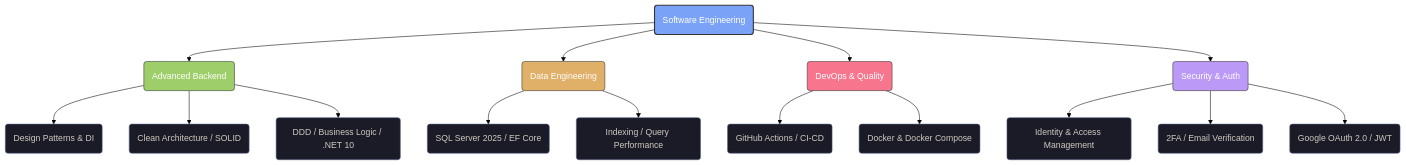
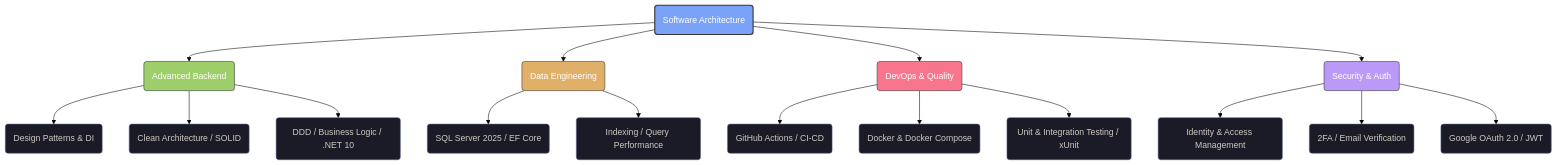
The diagram in README.md (m4lcom/m4lcom), drawn with Mermaid (forest theme) before and after one commit. The commit also changed other lines of this file, not shown here.

````diff
--- a/README.md
+++ b/README.md
@@ -11,35 +11,36 @@
 ```mermaid
 graph TD;
   %% Core Nodes
-  Core(Software Engineering)-->Backend(Advanced Backend);
+  Core(Software Architecture)-->Backend(Advanced Backend);
   Core-->Data(Data Engineering);
   Core-->Ops(DevOps & Quality);
   Core-->Sec(Security & Auth);
 
   %% Backend
   Backend-->Patterns(Design Patterns & DI);
   Backend-->Architecture(Clean Architecture / SOLID);
   Backend-->Logic(DDD / Business Logic / .NET 10);
 
   %% Data
   Data-->SQL_Expertise(SQL Server 2025 / EF Core);
   Data-->Optimization(Indexing / Query Performance);
 
   %% Ops & Quality
   Ops-->Git_Flow(GitHub Actions / CI-CD);
   Ops-->Infra(Docker & Docker Compose);
+  Ops-->Testing(Unit & Integration Testing / xUnit);
 
   %% Security & Auth
   Sec-->IAM(Identity & Access Management);
   Sec-->MFA(2FA / Email Verification);
   Sec-->OAuth(Google OAuth 2.0 / JWT);
 
   %% Styling - Tokyonight Palette
   style Core fill:#7aa2f7,stroke:#333,stroke-width:2px,color:#fff
   style Backend fill:#9ece6a,stroke:#333,color:#fff
   style Data fill:#e0af68,stroke:#333,color:#fff
   style Ops fill:#f7768e,stroke:#333,color:#fff
   style Sec fill:#bb9af7,stroke:#333,color:#fff
   
   classDef default fill:#1a1b26,stroke:#565f89,color:#cfc9c2
 ```
````
